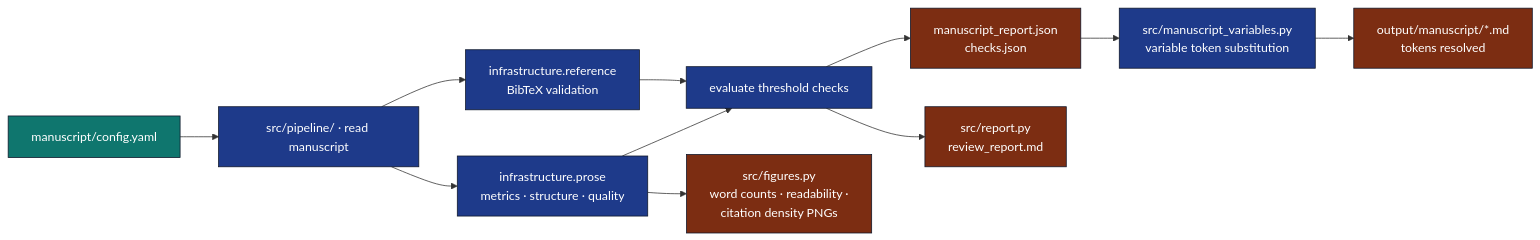
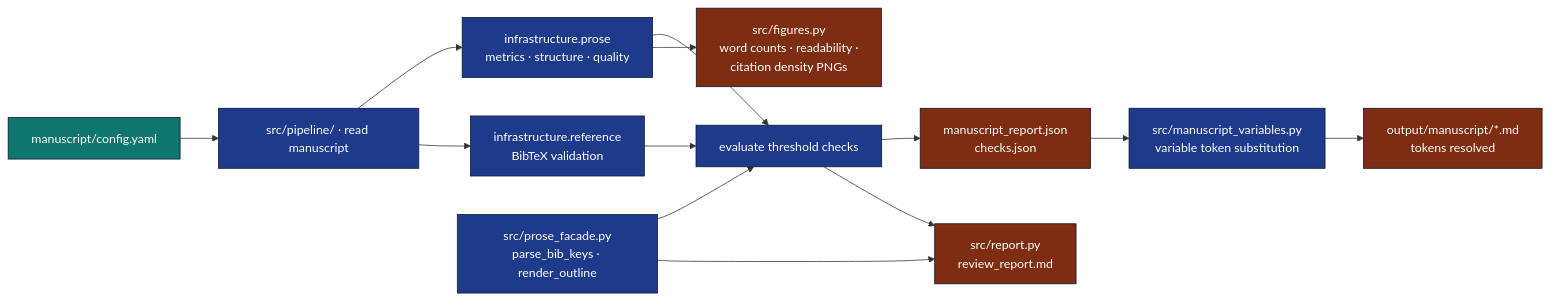
Before and after one commit to docxology/template: the diagram in projects/templates/template_prose_project/README.md, drawn with Mermaid. The commit also changed other lines of this file and 196 other files, not shown here.

````diff
--- a/projects/templates/template_prose_project/README.md
+++ b/projects/templates/template_prose_project/README.md
@@ -102,20 +102,22 @@
 ```mermaid
 flowchart LR
     CFG[manuscript/config.yaml] --> READ[src/pipeline/ · read manuscript]
     READ --> PROSE[infrastructure.prose<br/>metrics · structure · quality]
     READ --> BIB[infrastructure.reference<br/>BibTeX validation]
+    PF[src/prose_facade.py<br/>parse_bib_keys · render_outline] --> CHECKS
     PROSE --> CHECKS[evaluate threshold checks]
     BIB --> CHECKS
     CHECKS --> JSON[manuscript_report.json<br/>checks.json]
     CHECKS --> RPT[src/report.py<br/>review_report.md]
+    PF --> RPT
     PROSE --> FIG[src/figures.py<br/>word counts · readability ·<br/>citation density PNGs]
     JSON --> MV[src/manuscript_variables.py<br/>variable token substitution]
     MV --> SUB[output/manuscript/*.md<br/>tokens resolved]
 
     classDef io fill:#0f766e,stroke:#0f172a,color:#fff
     classDef proc fill:#1e3a8a,stroke:#0f172a,color:#fff
     classDef out fill:#7c2d12,stroke:#0f172a,color:#fff
     class CFG io
-    class READ,PROSE,BIB,CHECKS,MV proc
+    class READ,PROSE,BIB,CHECKS,MV,PF proc
     class JSON,RPT,FIG,SUB out
 ```
````
